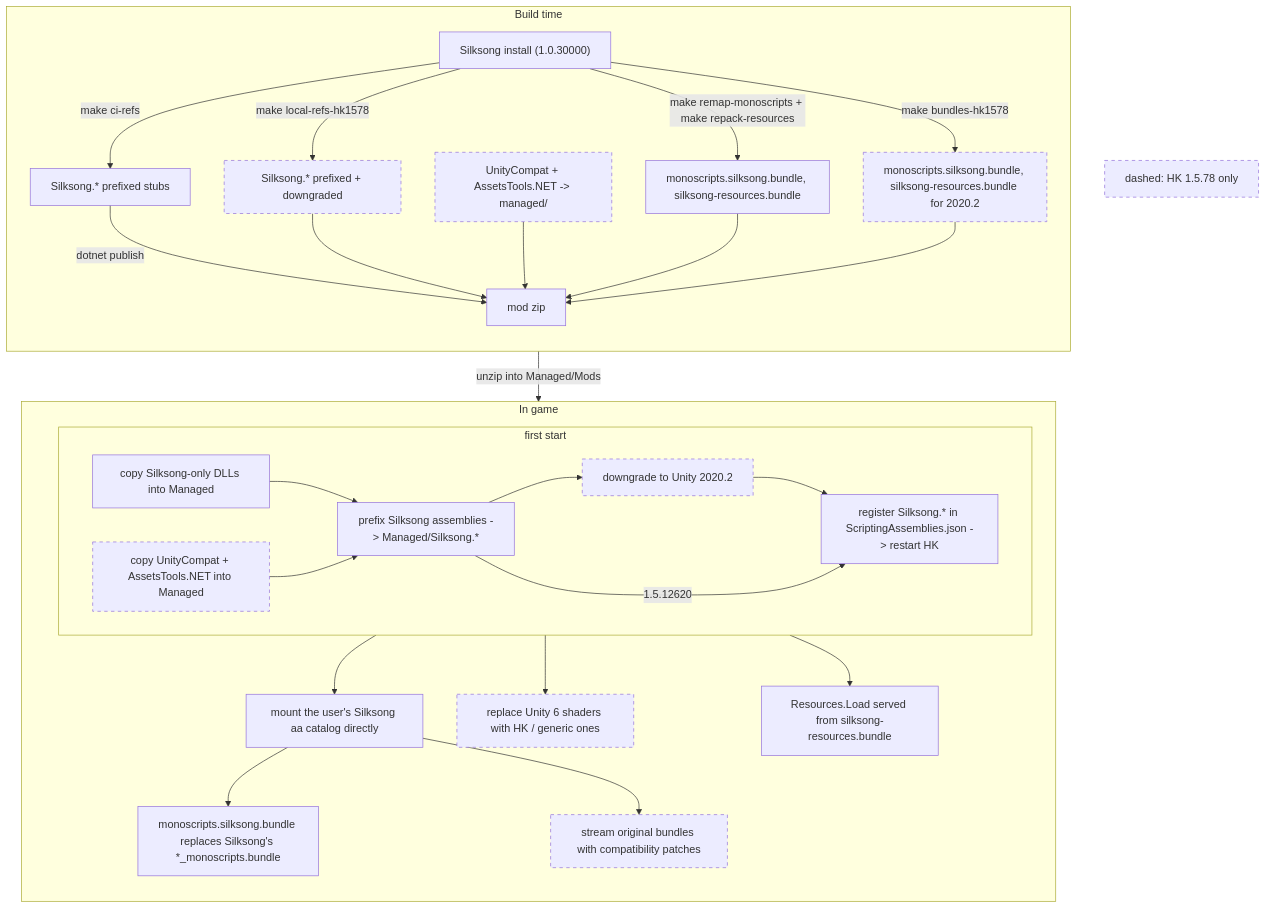
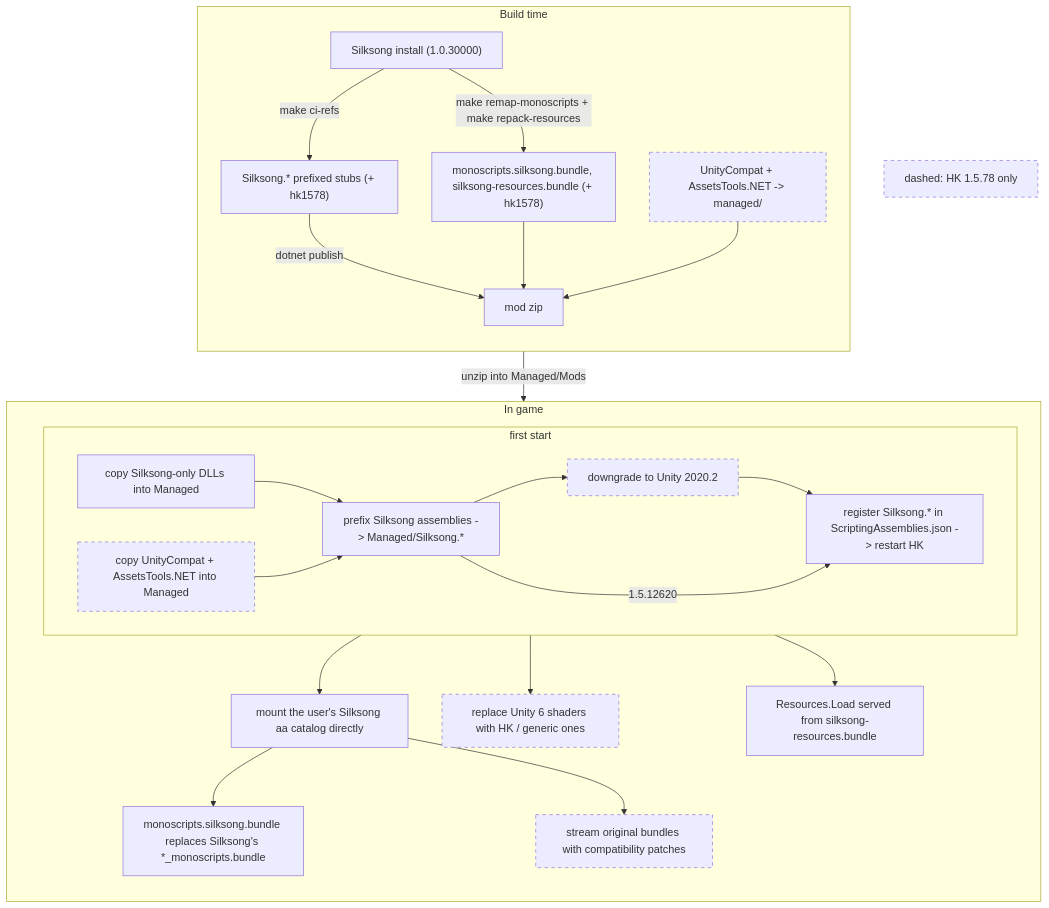
One commit to jakobhellermann/hkmod-HornetInHallownest changed the diagram in docs/asset-pipeline.mmd. Above: the diagram before and after it, drawn with Mermaid. The commit also changed 16 other files, not shown here.

```diff
--- a/docs/asset-pipeline.mmd
+++ b/docs/asset-pipeline.mmd
@@ -1,37 +1,34 @@
 flowchart TB
     subgraph Dev["Build time"]
         direction TB
-        B1["Silksong install (1.0.30000)"] -->|"make ci-refs"| B2b["Silksong.* prefixed stubs"]
-        B1 -->|"make local-refs-hk1578"| B2h["Silksong.* prefixed + downgraded"]:::hk1578
-        B1 -->|"make remap-monoscripts + make repack-resources"| B2c["monoscripts.silksong.bundle, silksong-resources.bundle"]
-        B1 -->|"make bundles-hk1578"| B2ch["monoscripts.silksong.bundle, silksong-resources.bundle for 2020.2"]:::hk1578
+        B1["Silksong install (1.0.30000)"] -->|"make ci-refs"| B2b["Silksong.* prefixed stubs (+ hk1578)"]
+        B1 -->|"make remap-monoscripts + make repack-resources"| B2c["monoscripts.silksong.bundle, silksong-resources.bundle (+ hk1578)"]
+        B2s["UnityCompat + AssetsTools.NET -> managed/"]:::hk1578
         B2b -->|"dotnet publish"| B3["mod zip"]
-        B2h --> B3
-        B2s["UnityCompat + AssetsTools.NET -> managed/"]:::hk1578 --> B3
         B2c --> B3
-        B2ch --> B3
+        B2s --> B3
     end
     subgraph RT["In game"]
         direction TB
         subgraph First["first start"]
             R5["copy Silksong-only DLLs into Managed"] --> R6["prefix Silksong assemblies -> Managed/Silksong.*"]
             R5b["copy UnityCompat + AssetsTools.NET into Managed"]:::hk1578 --> R6
             R6 --> R6b["downgrade to Unity 2020.2"]:::hk1578
             R6b --> R7["register Silksong.* in ScriptingAssemblies.json -> restart HK"]
             R6 -->|"1.5.12620"| R7
         end
         R8["mount the user's Silksong aa catalog directly"]
         R8b["stream original bundles with compatibility patches"]:::hk1578
         R9["monoscripts.silksong.bundle replaces Silksong's *_monoscripts.bundle"]
         R10["Resources.Load served from silksong-resources.bundle"]
         R11["replace Unity 6 shaders with HK / generic ones"]:::hk1578
         First --> R8
         R8 --> R9
         R8 --> R8b
         First --> R11
         First --> R10
     end
     B3 -->|"unzip into Managed/Mods"| RT
     L["dashed: HK 1.5.78 only"]:::hk1578
 
     classDef hk1578 stroke-dasharray: 5 5
```
